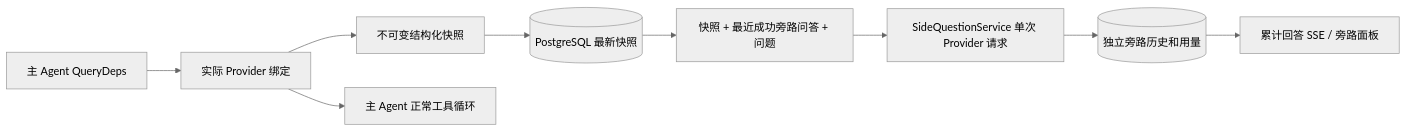
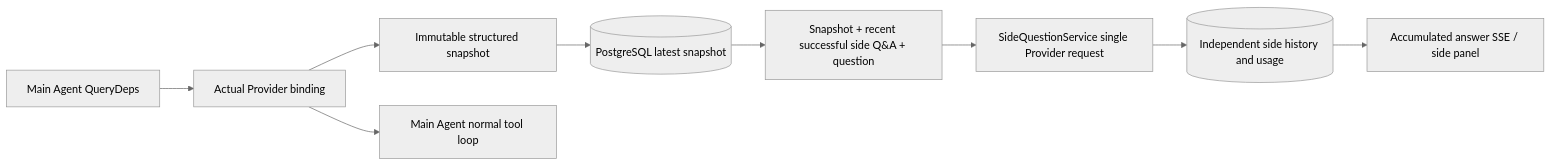
Before and after one commit to kyawthiha7/leviathan: the diagram in sidequestion/README.md, drawn with Mermaid (neutral theme). The commit also changed other lines of this file and 527 other files, not shown here.

````diff
--- a/sidequestion/README.md
+++ b/sidequestion/README.md
@@ -11,11 +11,11 @@
 ```mermaid
 flowchart LR
-    A[主 Agent QueryDeps] --> B[实际 Provider 绑定]
-    B --> C[不可变结构化快照]
-    B --> D[主 Agent 正常工具循环]
-    C --> E[(PostgreSQL 最新快照)]
-    E --> F[快照 + 最近成功旁路问答 + 问题]
-    F --> G[SideQuestionService 单次 Provider 请求]
-    G --> H[(独立旁路历史和用量)]
-    H --> I[累计回答 SSE / 旁路面板]
+    A[Main Agent QueryDeps] --> B[Actual Provider binding]
+    B --> C[Immutable structured snapshot]
+    B --> D[Main Agent normal tool loop]
+    C --> E[(PostgreSQL latest snapshot)]
+    E --> F[Snapshot + recent successful side Q&A + question]
+    F --> G[SideQuestionService single Provider request]
+    G --> H[(Independent side history and usage)]
+    H --> I[Accumulated answer SSE / side panel]
 ```
````
